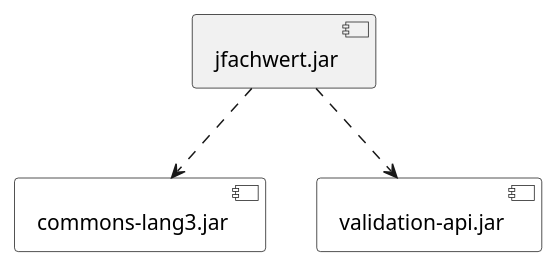
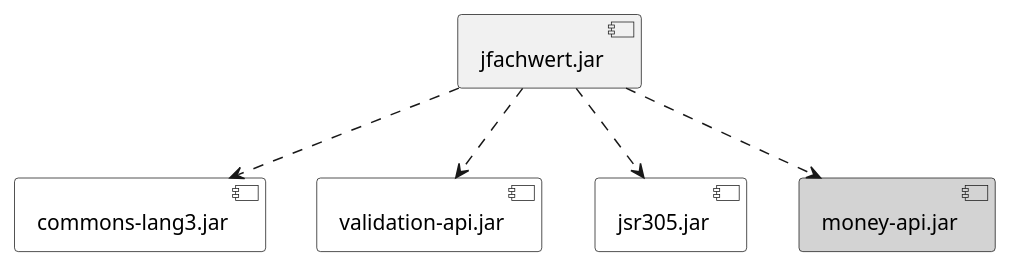
Before and after one commit to oboehm/jfachwert: the diagram in src/main/asciidoc/images/dependencies.puml, drawn with PlantUML. The commit also changed 4 other files, not shown here.

```diff
--- a/src/main/asciidoc/images/dependencies.puml
+++ b/src/main/asciidoc/images/dependencies.puml
@@ -1,10 +1,16 @@
 @startuml
 
 [jfachwert.jar] ..> [commons-lang3.jar]
 
 [jfachwert.jar] ..> [validation-api.jar]
 
+[jfachwert.jar] ..> [jsr305.jar]
+
+[jfachwert.jar] ..> [money-api.jar]
+
 [commons-lang3.jar] #White
 [validation-api.jar] #White
+[jsr305.jar] #White
+[money-api.jar] #Lightgrey
 
 @enduml
```
